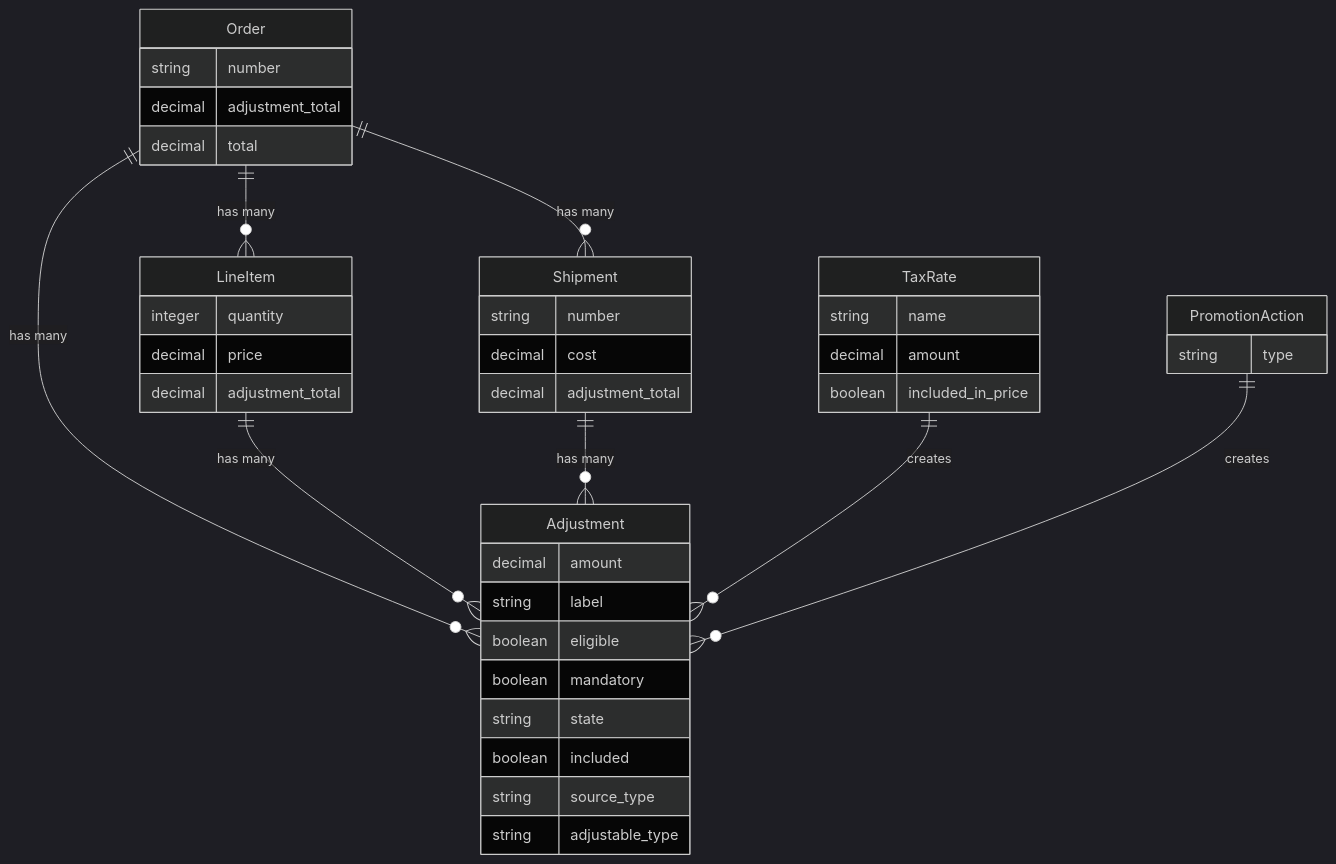
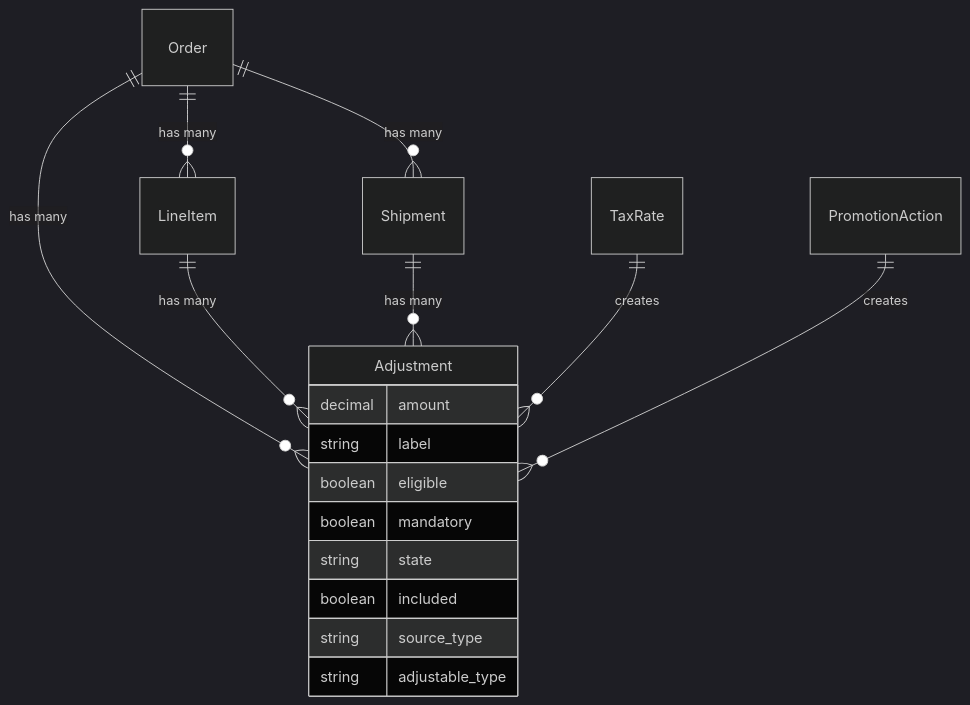
Before and after one commit to spree/spree: the diagram in docs/developer/core-concepts/adjustments.mdx, drawn with Mermaid (dark theme). The commit also changed other lines of this file and 21 other files, not shown here.

````diff
--- a/docs/developer/core-concepts/adjustments.mdx
+++ b/docs/developer/core-concepts/adjustments.mdx
@@ -9,49 +10,21 @@
 ```mermaid
 erDiagram
     Adjustment {
         decimal amount
         string label
         boolean eligible
         boolean mandatory
         string state
         boolean included
         string source_type
         string adjustable_type
     }
 
-    Order {
-        string number
-        decimal adjustment_total
-        decimal total
-    }
-
-    LineItem {
-        integer quantity
-        decimal price
-        decimal adjustment_total
-    }
-
-    Shipment {
-        string number
-        decimal cost
-        decimal adjustment_total
-    }
-
-    TaxRate {
-        string name
-        decimal amount
-        boolean included_in_price
-    }
-
-    PromotionAction {
-        string type
-    }
-
     Order ||--o{ Adjustment : "has many"
     Order ||--o{ LineItem : "has many"
     Order ||--o{ Shipment : "has many"
     LineItem ||--o{ Adjustment : "has many"
     Shipment ||--o{ Adjustment : "has many"
     TaxRate ||--o{ Adjustment : "creates"
     PromotionAction ||--o{ Adjustment : "creates"
 ```
````
